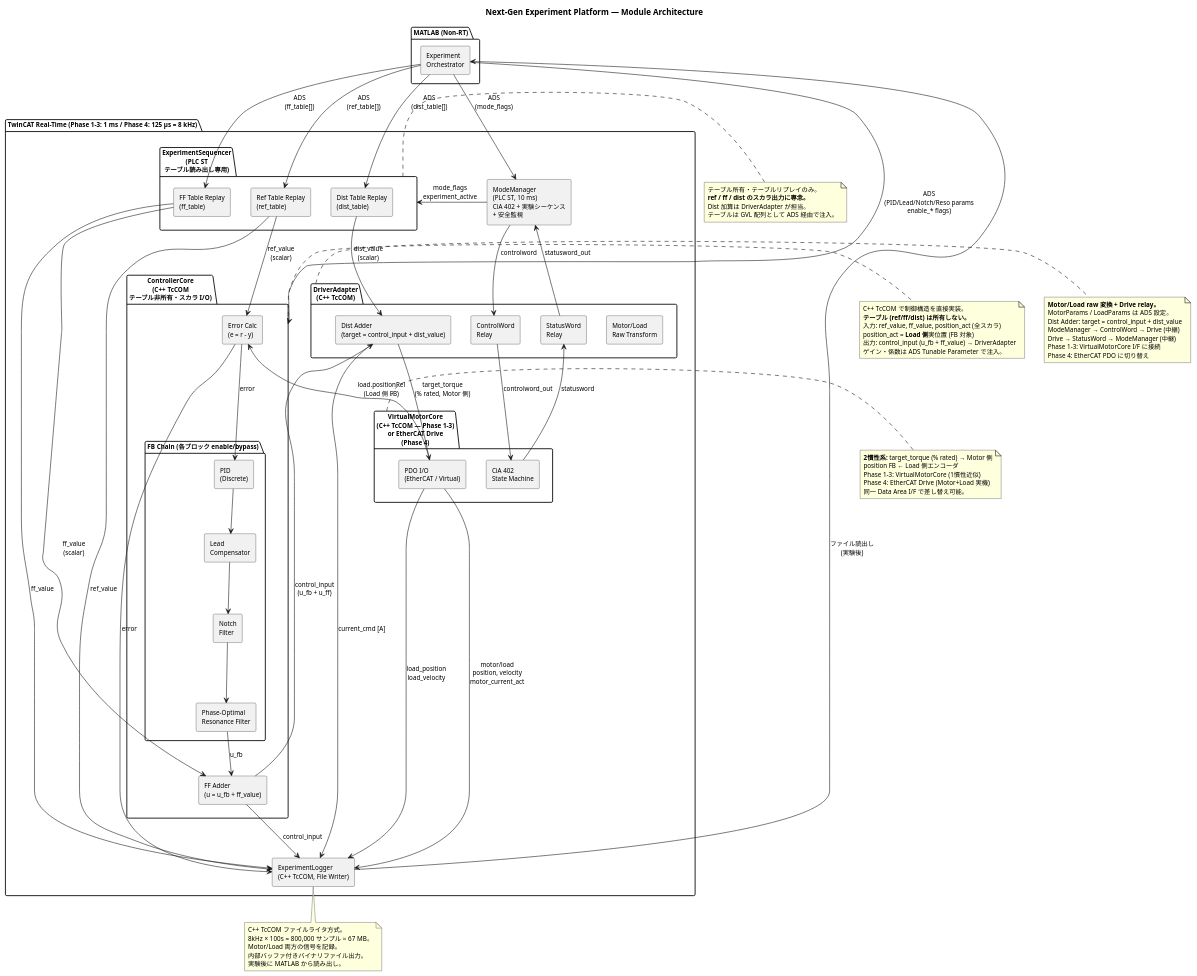
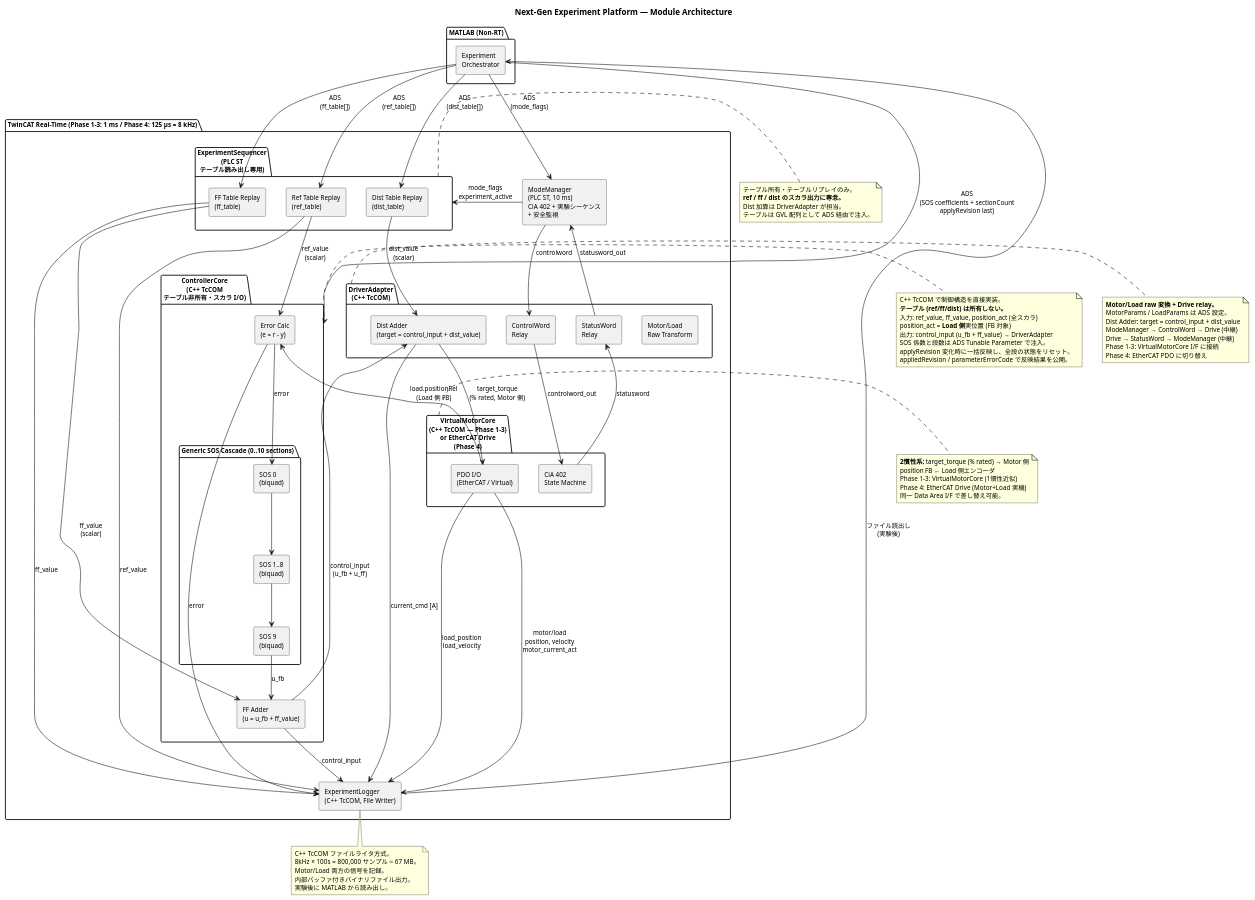
The diagram in docs/architecture/diagrams/NewProjectBlock.pu (MONIN013/Experiment-Hail-Mary), drawn with PlantUML before and after one commit. The commit also changed 7 other files, not shown here.

```diff
--- a/docs/architecture/diagrams/NewProjectBlock.pu
+++ b/docs/architecture/diagrams/NewProjectBlock.pu
@@ -1,160 +1,160 @@
 @startuml
 skinparam componentStyle rectangle
 skinparam shadowing false
 skinparam defaultFontSize 11
 
 title Next-Gen Experiment Platform — Module Architecture
 
 ' ============================================================
 '  TwinCAT Real-Time Layer
 ' ============================================================
 package "TwinCAT Real-Time (Phase 1-3: 1 ms / Phase 4: 125 µs = 8 kHz)" {
 
   ' ---- Drive / Plant ----
   package "VirtualMotorCore\n(C++ TcCOM — Phase 1-3)\nor EtherCAT Drive\n(Phase 4)" as Drive {
     [CiA 402\nState Machine] as CiA
     [PDO I/O\n(EtherCAT / Virtual)] as PDO
   }
 
   ' ---- DriverAdapter (C++ TcCOM — Motor/Load raw変換 + CW/SW中継) ----
   package "DriverAdapter\n(C++ TcCOM)" as DA {
     [Motor/Load\nRaw Transform] as RawXform
     [Dist Adder\n(target = control_input + dist_value)] as DistAddDrv
     [ControlWord\nRelay] as CWRelay
     [StatusWord\nRelay] as SWRelay
   }
 
   ' ---- ControllerCore (C++ TcCOM — 誤差計算 + FB Chain + FF付加) ----
   package "ControllerCore\n(C++ TcCOM\nテーブル非所有・スカラ I/O)" as CC {
     [Error Calc\n(e = r - y)] as Err
 
-    package "FB Chain (各ブロック enable/bypass)" {
-      [PID\n(Discrete)] as PID
-      [Lead\nCompensator] as Lead
-      [Notch\nFilter] as Notch
-      [Phase-Optimal\nResonance Filter] as Reso
+    package "Generic SOS Cascade (0..10 sections)" {
+      [SOS 0\n(biquad)] as SOS0
+      [SOS 1..8\n(biquad)] as SOSMid
+      [SOS 9\n(biquad)] as SOS9
     }
 
     [FF Adder\n(u = u_fb + ff_value)] as FFAdd
   }
 
   ' ---- ExperimentSequencer (PLC ST — テーブル読み出し専用) ----
   package "ExperimentSequencer\n(PLC ST\nテーブル読み出し専用)" as Seq {
     [Ref Table Replay\n(ref_table)] as RefTbl
     [FF Table Replay\n(ff_table)] as FF
     [Dist Table Replay\n(dist_table)] as Dist
   }
 
   ' ---- ModeManager (PLC ST) ----
   [ModeManager\n(PLC ST, 10 ms)\nCiA 402 + 実験シーケンス\n+ 安全監視] as Mode
 
   ' ---- ExperimentLogger (C++ TcCOM) ----
   [ExperimentLogger\n(C++ TcCOM, File Writer)] as Log
 
   ' ---- Data flow: Drive → ControllerCore (Load 側 FB) ----
   PDO --> Err : load.positionRel\n(Load 側 FB)
   PDO --> Log : motor/load\nposition, velocity\nmotor_current_act
 
   ' ---- ExperimentSequencer → ControllerCore (スカラ) ----
   RefTbl --> Err : ref_value\n(scalar)
   FF --> FFAdd : ff_value\n(scalar)
 
   ' ---- ExperimentSequencer → DriverAdapter (dist_value) ----
   Dist --> DistAddDrv : dist_value\n(scalar)
 
   ' ---- ControllerCore internal ----
-  Err --> PID : error
-  PID --> Lead
-  Lead --> Notch
-  Notch --> Reso
-  Reso --> FFAdd : u_fb
+  Err --> SOS0 : error
+  SOS0 --> SOSMid
+  SOSMid --> SOS9
+  SOS9 --> FFAdd : u_fb
 
   ' ---- ControllerCore → DriverAdapter ----
   FFAdd --> DistAddDrv : control_input\n(u_fb + u_ff)
 
   ' ---- DriverAdapter → Drive (Motor 側入力) ----
   DistAddDrv --> PDO : target_torque\n(% rated, Motor 側)
 
   ' ---- ModeManager → DriverAdapter → Drive (ControlWord) ----
   Mode --> CWRelay : controlword
   CWRelay --> CiA : controlword_out
 
   ' ---- Drive → DriverAdapter → ModeManager (StatusWord) ----
   CiA --> SWRelay : statusword
   SWRelay --> Mode : statusword_out
 
   ' ---- ModeManager → ExperimentSequencer ----
   Mode --> Seq : mode_flags\nexperiment_active
 
   ' ---- Logging ----
   Err --> Log : error
   DistAddDrv --> Log : current_cmd [A]
   RefTbl --> Log : ref_value
   FF --> Log : ff_value
   FFAdd --> Log : control_input
   PDO --> Log : load_position\nload_velocity
 }
 
 ' ============================================================
 '  MATLAB Non-RT Layer
 ' ============================================================
 package "MATLAB (Non-RT)" {
   [Experiment\nOrchestrator] as Matlab
 }
 
 ' ---- ADS parameter injection (Non-RT → RT) ----
 Matlab --> Mode : ADS\n(mode_flags)
-Matlab --> CC : ADS\n(PID/Lead/Notch/Reso params\nenable_* flags)
+Matlab --> CC : ADS\n(SOS coefficients + sectionCount\napplyRevision last)
 Matlab --> RefTbl : ADS\n(ref_table[])
 Matlab --> FF : ADS\n(ff_table[])
 Matlab --> Dist : ADS\n(dist_table[])
 
 ' ---- ADS data pull (RT → Non-RT) ----
 Log --> Matlab : ファイル読出し\n(実験後)
 
 ' ============================================================
 '  Notes
 ' ============================================================
 note right of CC
   C++ TcCOM で制御構造を直接実装。
   **テーブル (ref/ff/dist) は所有しない。**
   入力: ref_value, ff_value, position_act (全スカラ)
   position_act = **Load 側**実位置 (FB 対象)
   出力: control_input (u_fb + ff_value) → DriverAdapter
-  ゲイン・係数は ADS Tunable Parameter で注入。
+  SOS 係数と段数は ADS Tunable Parameter で注入。
+  applyRevision 変化時に一括反映し、全段の状態をリセット。
+  appliedRevision / parameterErrorCode で反映結果を公開。
 end note
 
 note right of Seq
   テーブル所有・テーブルリプレイのみ。
   **ref / ff / dist のスカラ出力に専念。**
   Dist 加算は DriverAdapter が担当。
   テーブルは GVL 配列として ADS 経由で注入。
 end note
 
 note right of DA
   **Motor/Load raw 変換 + Drive relay。**
   MotorParams / LoadParams は ADS 設定。
   Dist Adder: target = control_input + dist_value
   ModeManager → ControlWord → Drive (中継)
   Drive → StatusWord → ModeManager (中継)
   Phase 1-3: VirtualMotorCore I/F に接続
   Phase 4: EtherCAT PDO に切り替え
 end note
 
 note right of Drive
   **2慣性系:** target_torque (% rated) → Motor 側
   position FB ← Load 側エンコーダ
   Phase 1-3: VirtualMotorCore (1慣性近似)
   Phase 4: EtherCAT Drive (Motor+Load 実機)
   同一 Data Area I/F で差し替え可能。
 end note
 
 note bottom of Log
   C++ TcCOM ファイルライタ方式。
   8kHz × 100s = 800,000 サンプル ≈ 67 MB。
   Motor/Load 両方の信号を記録。
   内部バッファ付きバイナリファイル出力。
   実験後に MATLAB から読み出し。
 end note
 
 @enduml
```
